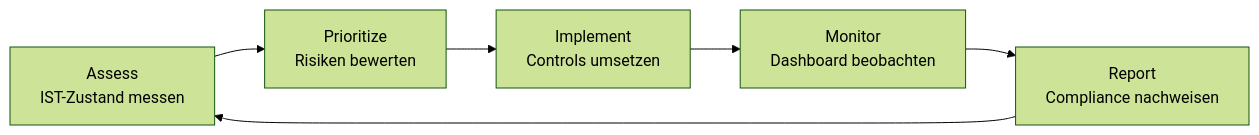
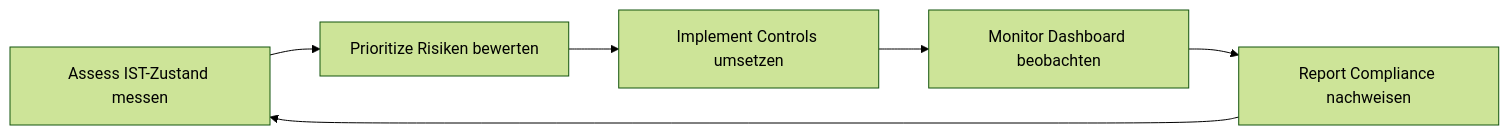
One commit to SoniiiT/notes-n-docs changed the second of 3 diagrams in Microsoft 365/Azure/Sicherheit/Azure Security Benchmark.md. Above: the diagram before and after it, drawn with Mermaid (forest theme). The commit also changed other lines of this file and 124 other files, not shown here.

First line of the commit message:
fix: Entferne \n aus allen Mermaid-Diagrammen (125 Dateien)

````diff
--- a/Microsoft 365/Azure/Sicherheit/Azure Security Benchmark.md
+++ b/Microsoft 365/Azure/Sicherheit/Azure Security Benchmark.md
@@ -147,8 +147,8 @@
 ```mermaid
 graph LR
-    A[Assess\nIST-Zustand messen] --> B[Prioritize\nRisiken bewerten]
-    B --> C[Implement\nControls umsetzen]
-    C --> D[Monitor\nDashboard beobachten]
-    D --> E[Report\nCompliance nachweisen]
+    A[Assess IST-Zustand messen] --> B[Prioritize Risiken bewerten]
+    B --> C[Implement Controls umsetzen]
+    C --> D[Monitor Dashboard beobachten]
+    D --> E[Report Compliance nachweisen]
     E --> A
 ```
````
